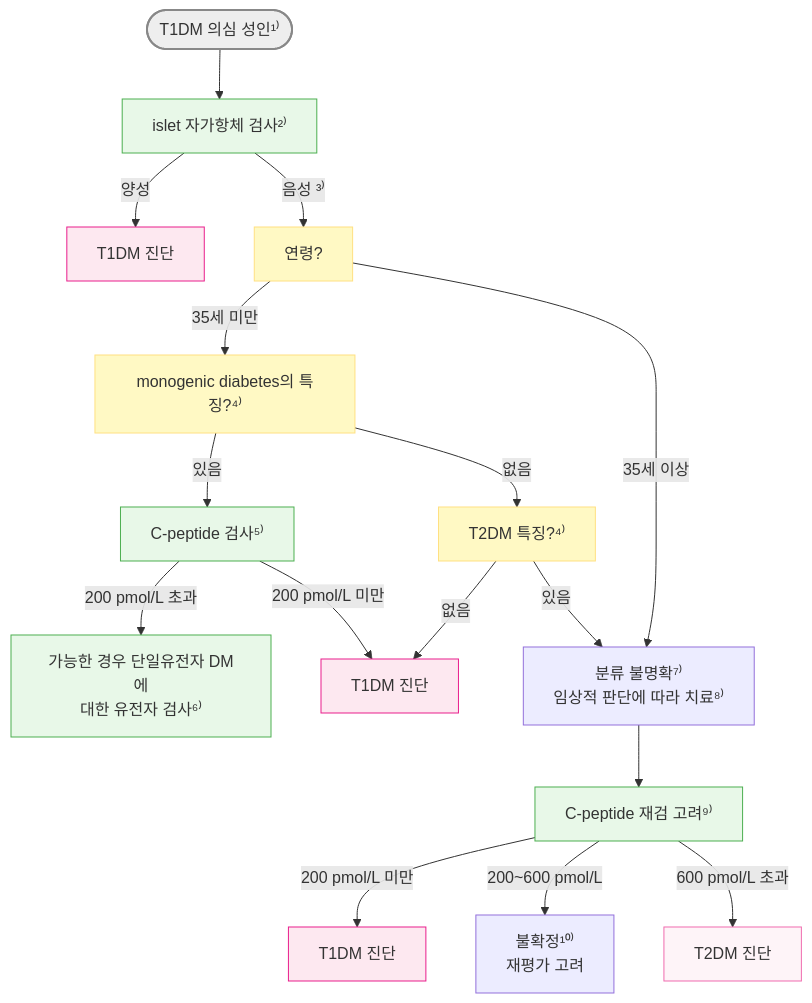
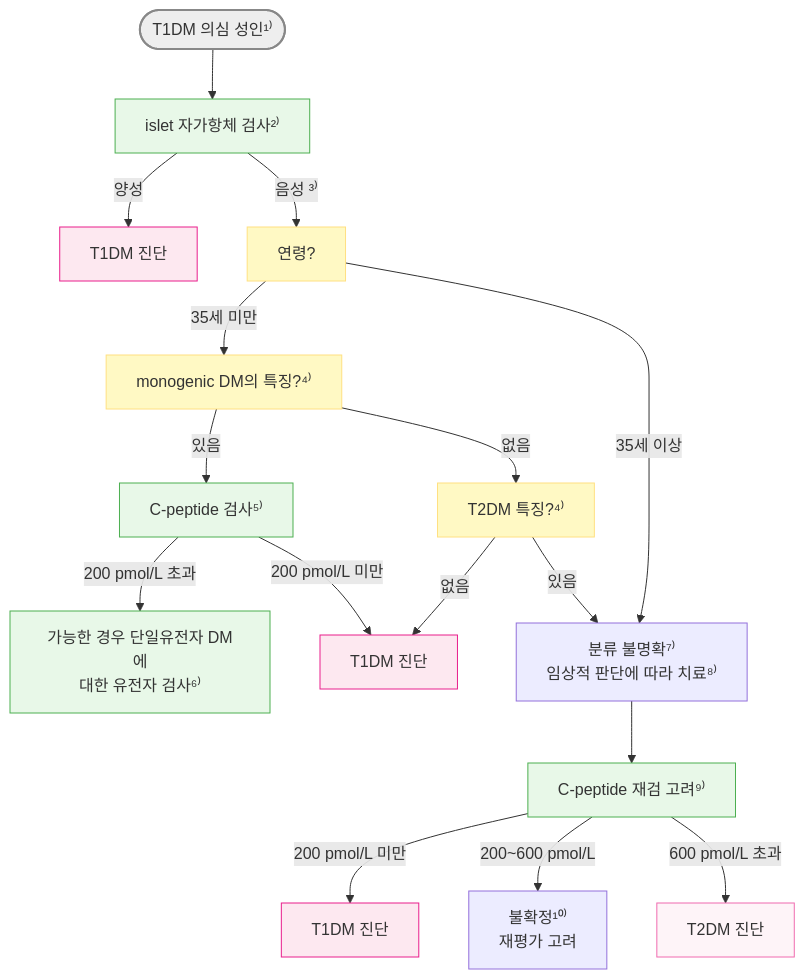
Before and after one commit to familyoh77/familyoh77: the first of 4 diagrams in 226_/100_-diabetes-mellitus.md, drawn with Mermaid. The commit also changed other lines of this file, not shown here.

````diff
--- a/226_/100_-diabetes-mellitus.md
+++ b/226_/100_-diabetes-mellitus.md
@@ -190,42 +188,42 @@
 ```mermaid
 graph TD
 Start([T1DM 의심 성인¹⁾])
 Islet[islet 자가항체 검사²⁾]
 T1DM_Diag1[T1DM 진단]
 Age[연령?]
-MonoCheck[monogenic diabetes의 특징?⁴⁾]
+MonoCheck[monogenic DM의 특징?⁴⁾]
 Cpep1[C-peptide 검사⁵⁾]
 GeneTest[가능한 경우 단일유전자 DM에<br>대한 유전자 검사⁶⁾]
 T1DM_Diag2[T1DM 진단]
 T2DMCheck[T2DM 특징?⁴⁾]
 Unclear[분류 불명확⁷⁾<br>임상적 판단에 따라 치료⁸⁾]
 ReCpep1[C-peptide 재검 고려⁹⁾]
 T1DM_Diag3[T1DM 진단]
 Uncertain[불확정¹⁰⁾<br>재평가 고려]
 T2DM_Diag[T2DM 진단]
 
 Start --> Islet
 Islet -->|양성| T1DM_Diag1
 Islet -->|음성 ³⁾| Age
 Age -->|35세 미만| MonoCheck
 Age -->|35세 이상| Unclear
 MonoCheck -->|있음| Cpep1
 MonoCheck -->|없음| T2DMCheck
 Cpep1 -->|200 pmol/L 초과| GeneTest
 Cpep1 -->|200 pmol/L 미만| T1DM_Diag2
 T2DMCheck -->|없음| T1DM_Diag2
 T2DMCheck -->|있음| Unclear
 Unclear --> ReCpep1
 ReCpep1 -->|200 pmol/L 미만| T1DM_Diag3
 ReCpep1 -->|200~600 pmol/L| Uncertain
 ReCpep1 -->|600 pmol/L 초과| T2DM_Diag
 
 style Start fill:#eeeeee,stroke:#888888,stroke-width:2px
 classDef lightGreen fill:#e8f8e8,stroke:#4caf50
 class Islet,Cpep1,GeneTest,ReCpep1 lightGreen
 classDef yellow fill:#fff9c4,stroke:#ffe082
 class Age,MonoCheck,T2DMCheck yellow
 classDef pink fill:#fde8f0,stroke:#e91e8c
 class T1DM_Diag1,T1DM_Diag2,T1DM_Diag3,T2DM_Diag pink
 style T2DM_Diag fill:#fef4f8,stroke:#f06baf
 ```
````
